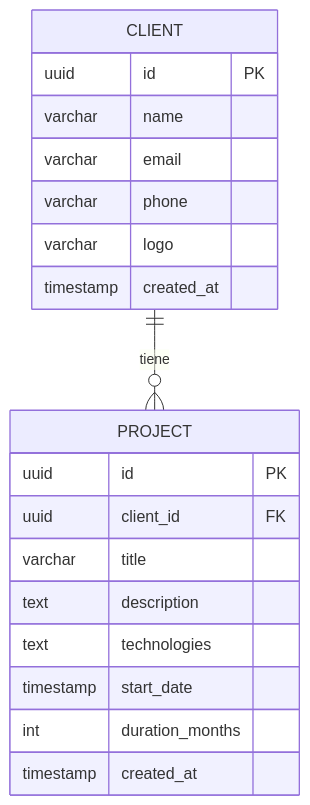
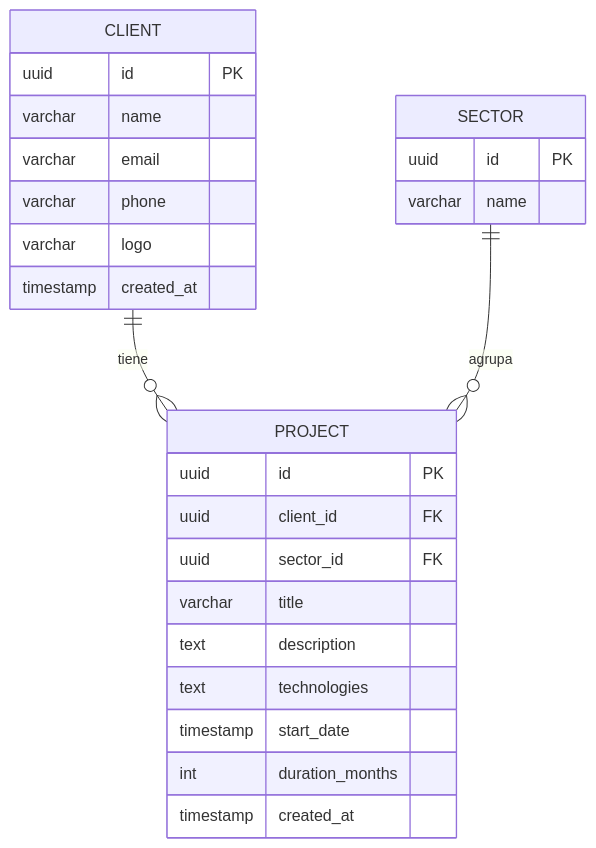
The diagram in design/data-model/data-model.md (ebugedo/poc-sdd-net-core-api), drawn with Mermaid before and after one commit. The commit also changed other lines of this file and 46 other files, not shown here.

First line of the commit message:
feat: add read-only sector catalog and mandatory project sector

````diff
--- a/design/data-model/data-model.md
+++ b/design/data-model/data-model.md
@@ -10,22 +10,28 @@
 ```mermaid
 erDiagram
     CLIENT ||--o{ PROJECT : "tiene"
+    SECTOR ||--o{ PROJECT : "agrupa"
+    SECTOR {
+        uuid id PK
+        varchar name
+    }
     CLIENT {
         uuid id PK
         varchar name
         varchar email
         varchar phone
         varchar logo
         timestamp created_at
     }
     PROJECT {
         uuid id PK
         uuid client_id FK
+        uuid sector_id FK
         varchar title
         text description
         text technologies
         timestamp start_date
         int duration_months
         timestamp created_at
     }
 ```
````
